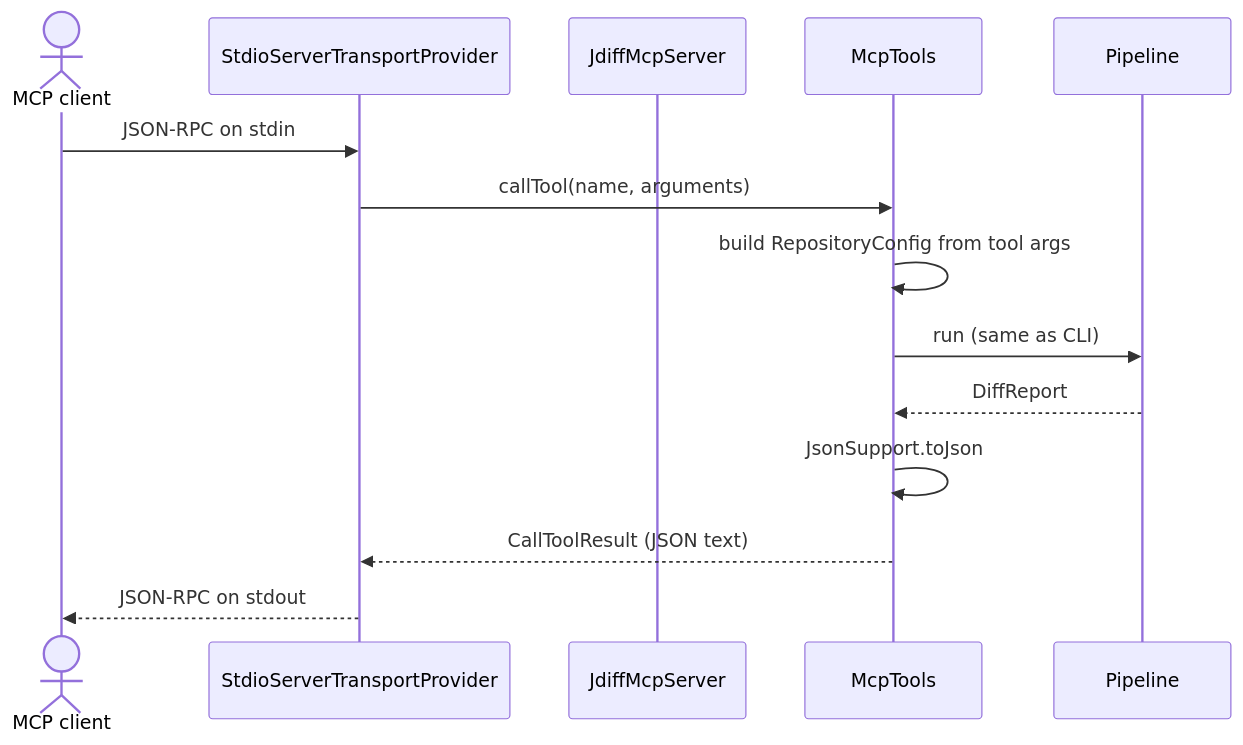
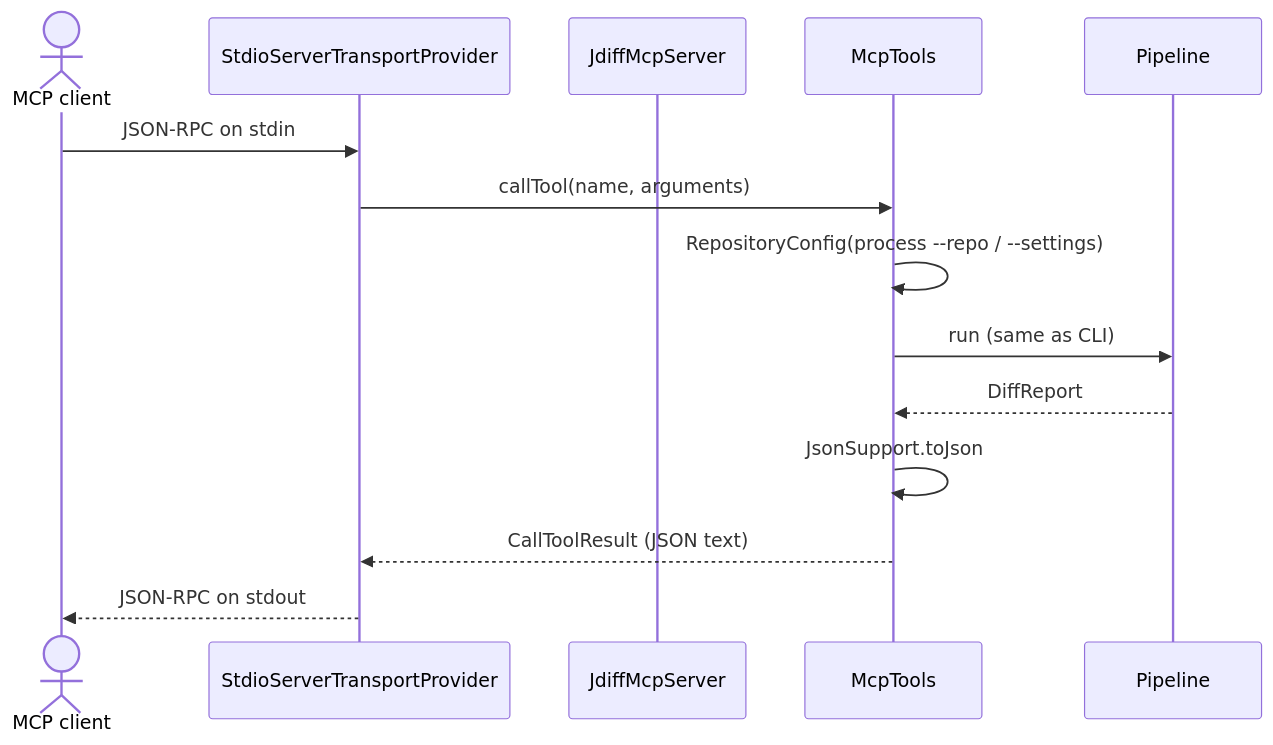
The seventh of 7 diagrams in DESIGN.md (alagishev/qubership-java-diff-service), drawn with Mermaid before and after one commit. The commit also changed other lines of this file and 28 other files, not shown here.

````diff
--- a/DESIGN.md
+++ b/DESIGN.md
@@ -355,17 +357,17 @@
 ```mermaid
 sequenceDiagram
     actor Client as MCP client
     participant Transport as StdioServerTransportProvider
     participant Server as JdiffMcpServer
     participant Tools as McpTools
     participant Pipe as Pipeline
 
     Client->>Transport: JSON-RPC on stdin
     Transport->>Tools: callTool(name, arguments)
-    Tools->>Tools: build RepositoryConfig from tool args
+    Tools->>Tools: RepositoryConfig(process --repo / --settings)
     Tools->>Pipe: run (same as CLI)
     Pipe-->>Tools: DiffReport
     Tools->>Tools: JsonSupport.toJson
     Tools-->>Transport: CallToolResult (JSON text)
     Transport-->>Client: JSON-RPC on stdout
 ```
````
